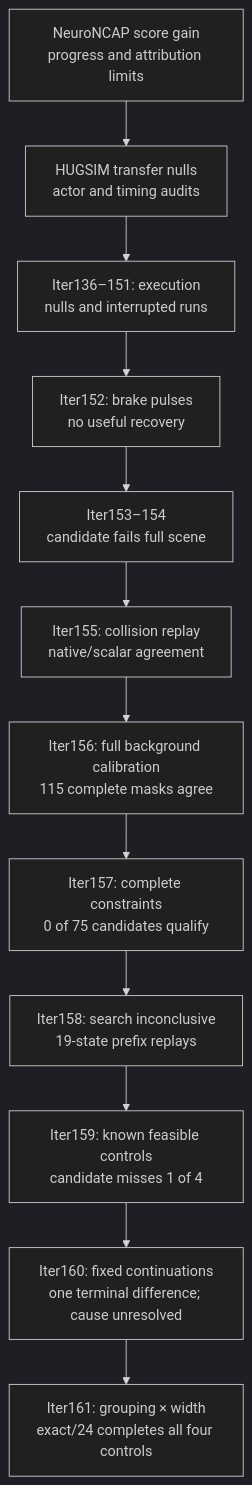
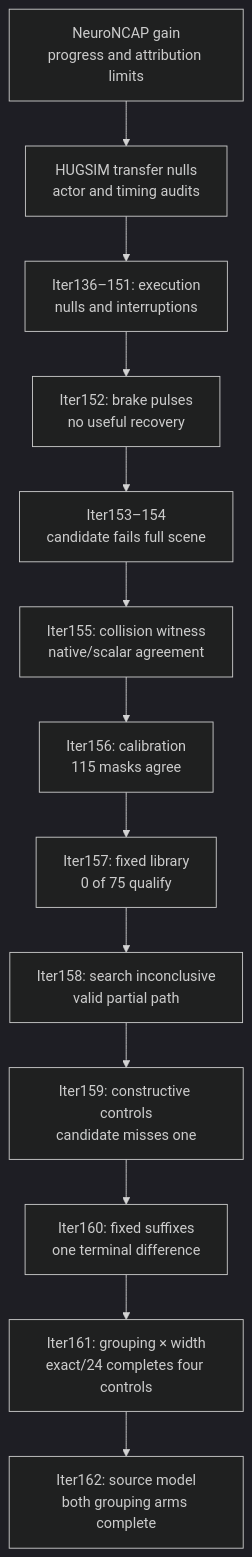
The second of 3 diagrams in README.md (manfromnowhere143/sentinel), drawn with Mermaid (dark theme) before and after one commit. The commit also changed other lines of this file and 25 other files, not shown here.

Commit message:
Close source qualification with two admitted paths and bounded native next step

````diff
--- a/README.md
+++ b/README.md
@@ -227,16 +227,17 @@
 ```mermaid
 flowchart TB
   accTitle: How the evidence changed the research question
-  accDescr: Benchmark gains and transfer nulls lead to recovery tests, a failed model candidate, and a verified background collision witness.
-  N["NeuroNCAP score gain<br/>progress and attribution limits"] --> T["HUGSIM transfer nulls<br/>actor and timing audits"]
-  T --> E["Iter136–151: execution<br/>nulls and interrupted runs"]
+  accDescr: Transfer nulls lead to calibrated constraints and two complete model paths; native recovery is unproved.
+  N["NeuroNCAP gain<br/>progress and attribution limits"] --> T["HUGSIM transfer nulls<br/>actor and timing audits"]
+  T --> E["Iter136–151: execution<br/>nulls and interruptions"]
   E --> P["Iter152: brake pulses<br/>no useful recovery"]
   P --> M["Iter153–154<br/>candidate fails full scene"]
-  M --> W["Iter155: collision replay<br/>native/scalar agreement"]
-  W --> C["Iter156: full background calibration<br/>115 complete masks agree"]
-  C --> L["Iter157: complete constraints<br/>0 of 75 candidates qualify"]
-  L --> A["Iter158: search inconclusive<br/>19-state prefix replays"]
-  A --> Q["Iter159: known feasible controls<br/>candidate misses 1 of 4"]
-  Q --> K["Iter160: fixed continuations<br/>one terminal difference; cause unresolved"]
-  K --> G["Iter161: grouping × width<br/>exact/24 completes all four controls"]
+  M --> W["Iter155: collision witness<br/>native/scalar agreement"]
+  W --> C["Iter156: calibration<br/>115 masks agree"]
+  C --> L["Iter157: fixed library<br/>0 of 75 qualify"]
+  L --> A["Iter158: search inconclusive<br/>valid partial path"]
+  A --> Q["Iter159: constructive controls<br/>candidate misses one"]
+  Q --> K["Iter160: fixed suffixes<br/>one terminal difference"]
+  K --> G["Iter161: grouping × width<br/>exact/24 completes four controls"]
+  G --> S["Iter162: source model<br/>both grouping arms complete"]
 ```
````
